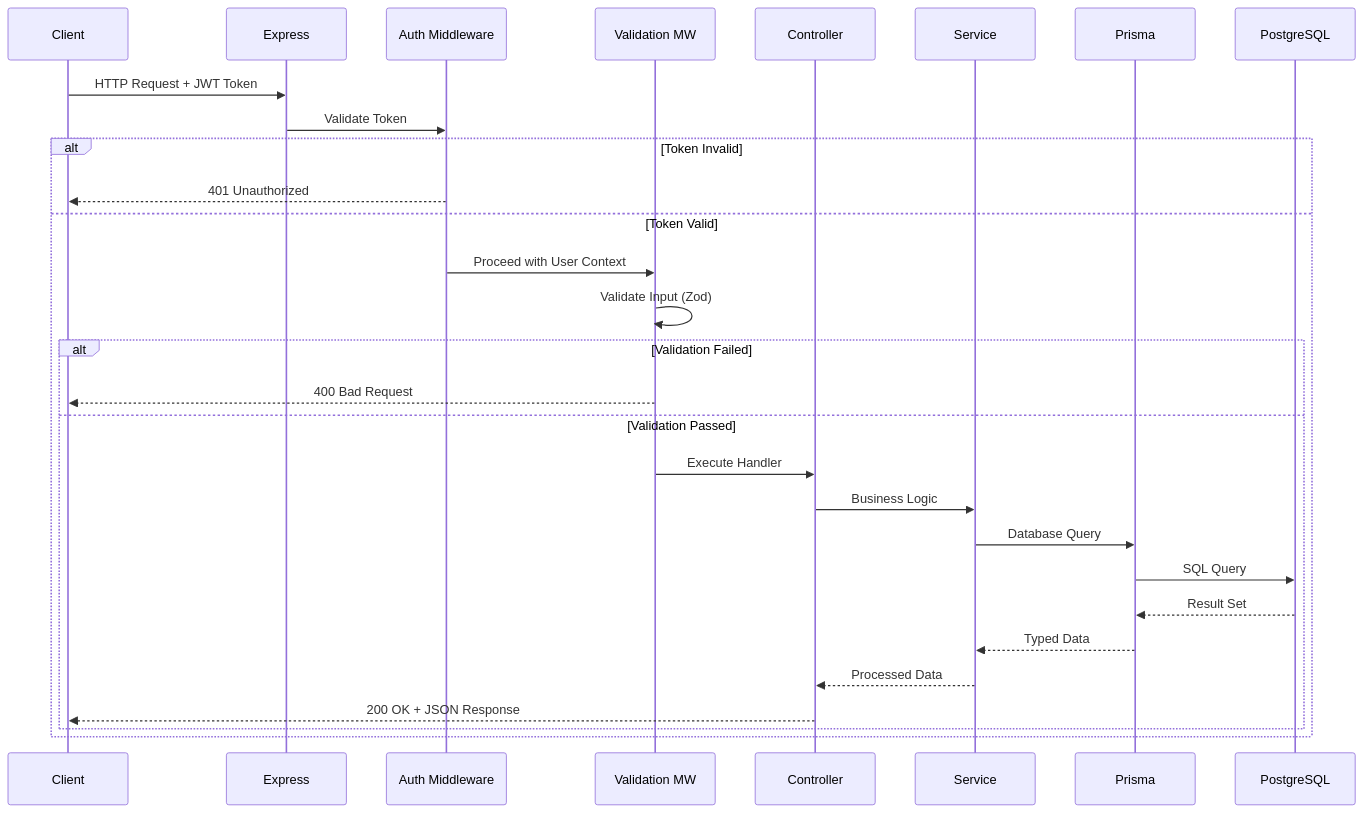
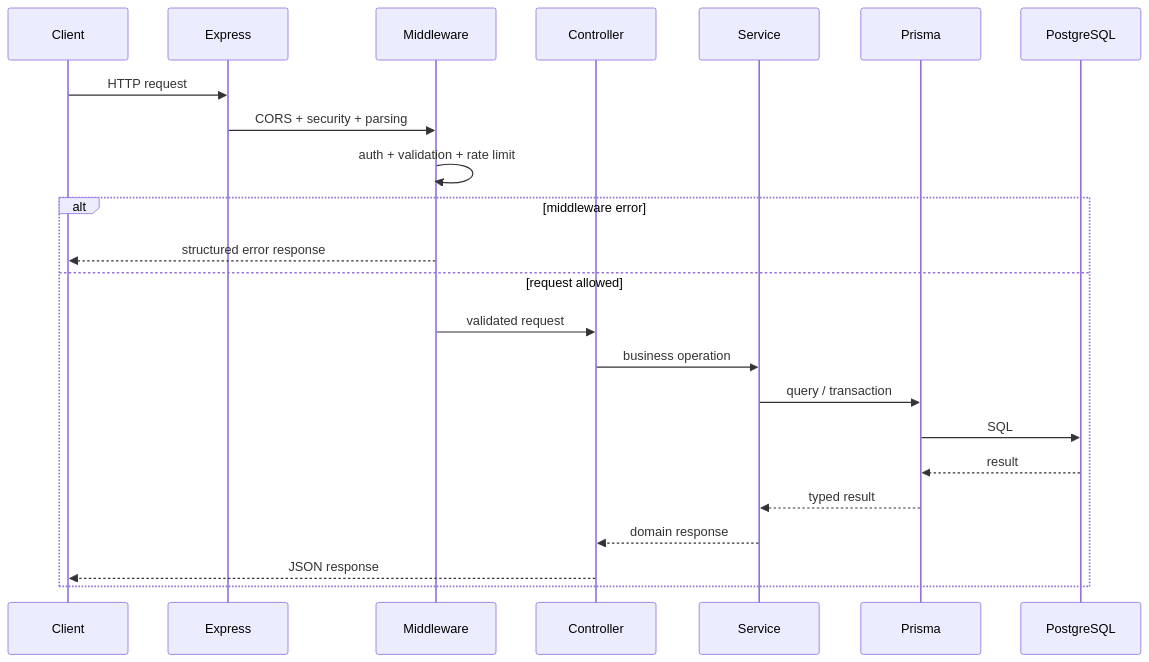
Before and after one commit to myloo23/dual-kepzes-frontend: the second of 10 diagrams in backendreadme.md, drawn with Mermaid. The commit also changed other lines of this file and 3 other files, not shown here.

````diff
--- a/backendreadme.md
+++ b/backendreadme.md
@@ -361,34 +100,27 @@
 ```mermaid
 sequenceDiagram
     participant Client
     participant Express
-    participant AuthMW as Auth Middleware
-    participant ValidateMW as Validation MW
+    participant Middleware
     participant Controller
     participant Service
     participant Prisma
     participant DB as PostgreSQL
 
-    Client->>Express: HTTP Request + JWT Token
-    Express->>AuthMW: Validate Token
+    Client->>Express: HTTP request
+    Express->>Middleware: CORS + security + parsing
+    Middleware->>Middleware: auth + validation + rate limit
 
-    alt Token Invalid
-        AuthMW-->>Client: 401 Unauthorized
-    else Token Valid
-        AuthMW->>ValidateMW: Proceed with User Context
-        ValidateMW->>ValidateMW: Validate Input (Zod)
-
-        alt Validation Failed
-            ValidateMW-->>Client: 400 Bad Request
-        else Validation Passed
-            ValidateMW->>Controller: Execute Handler
-            Controller->>Service: Business Logic
-            Service->>Prisma: Database Query
-            Prisma->>DB: SQL Query
-            DB-->>Prisma: Result Set
-            Prisma-->>Service: Typed Data
-            Service-->>Controller: Processed Data
-            Controller-->>Client: 200 OK + JSON Response
-        end
+    alt middleware error
+        Middleware-->>Client: structured error response
+    else request allowed
+        Middleware->>Controller: validated request
+        Controller->>Service: business operation
+        Service->>Prisma: query / transaction
+        Prisma->>DB: SQL
+        DB-->>Prisma: result
+        Prisma-->>Service: typed result
+        Service-->>Controller: domain response
+        Controller-->>Client: JSON response
     end
 ```
````
